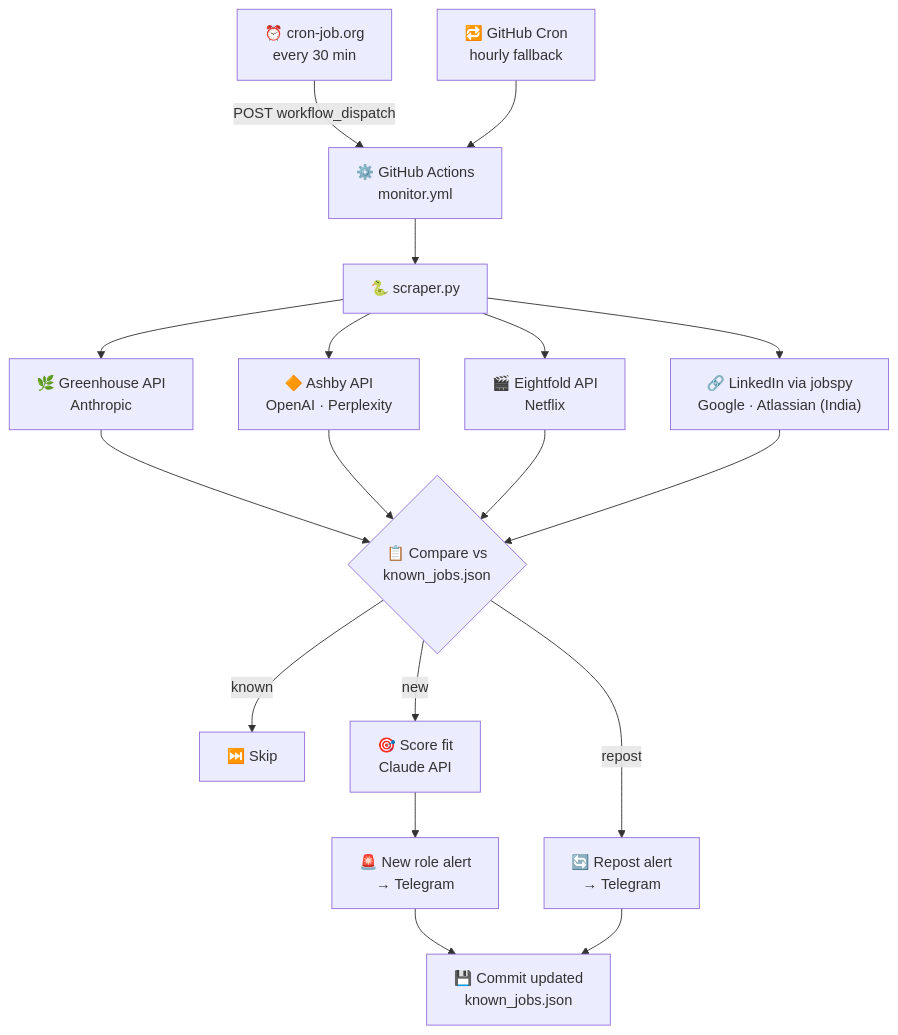
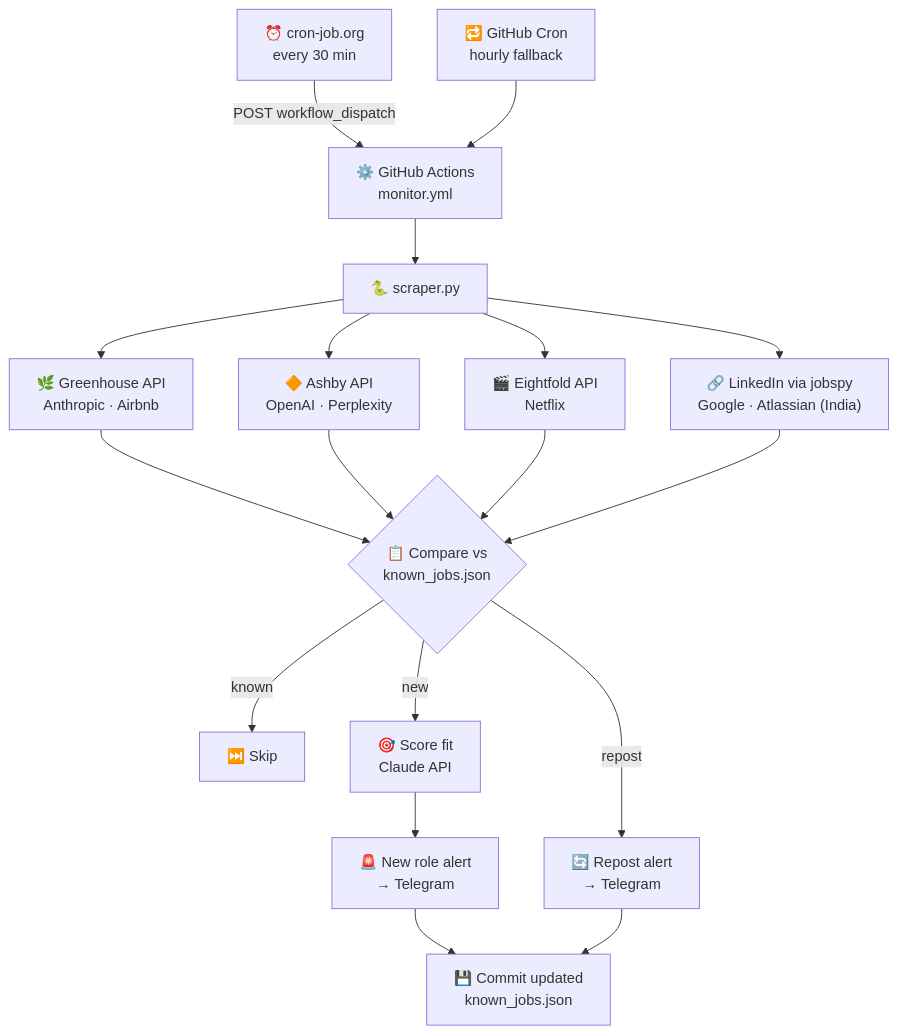
Before and after one commit to anujg1807/proj-flash: the diagram in README.md, drawn with Mermaid. The commit also changed other lines of this file and 1 other file, not shown here.

First paragraph of the commit message:
Fix silent fit-scoring failure and dead applicant field on LinkedIn jobs (#25)
* Fix silent fit-scoring failure and dead applicant field on LinkedIn jobs

````diff
--- a/README.md
+++ b/README.md
@@ -32,19 +33,19 @@
 ```mermaid
 flowchart TD
     A["⏰ cron-job.org\nevery 30 min"] -->|POST workflow_dispatch| C
     B["🔁 GitHub Cron\nhourly fallback"] --> C
     C["⚙️ GitHub Actions\nmonitor.yml"] --> D["🐍 scraper.py"]
 
-    D --> E["🌿 Greenhouse API\nAnthropic"]
+    D --> E["🌿 Greenhouse API\nAnthropic · Airbnb"]
     D --> F["🔶 Ashby API\nOpenAI · Perplexity"]
     D --> G["🎬 Eightfold API\nNetflix"]
     D --> H["🔗 LinkedIn via jobspy\nGoogle · Atlassian (India)"]
 
     E & F & G & H --> I{"📋 Compare vs\nknown_jobs.json"}
 
     I -->|known| J["⏭️ Skip"]
     I -->|new| K["🎯 Score fit\nClaude API"]
     I -->|repost| N["🔄 Repost alert\n→ Telegram"]
     K --> L["🚨 New role alert\n→ Telegram"]
     L & N --> M["💾 Commit updated\nknown_jobs.json"]
 ```
````
